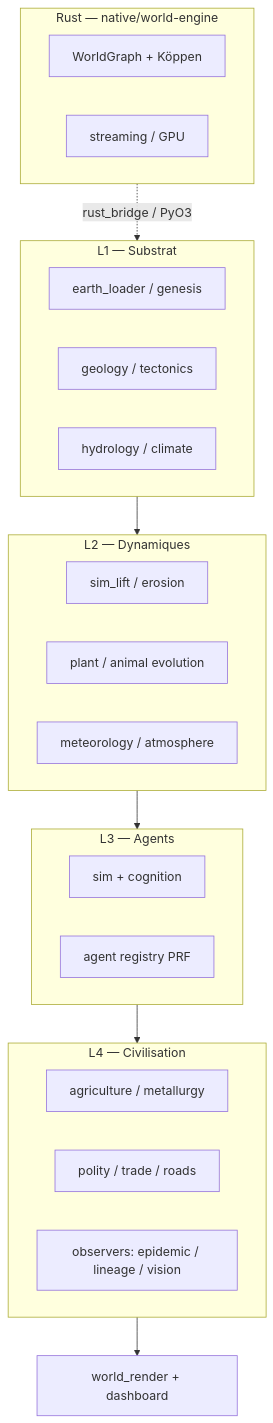
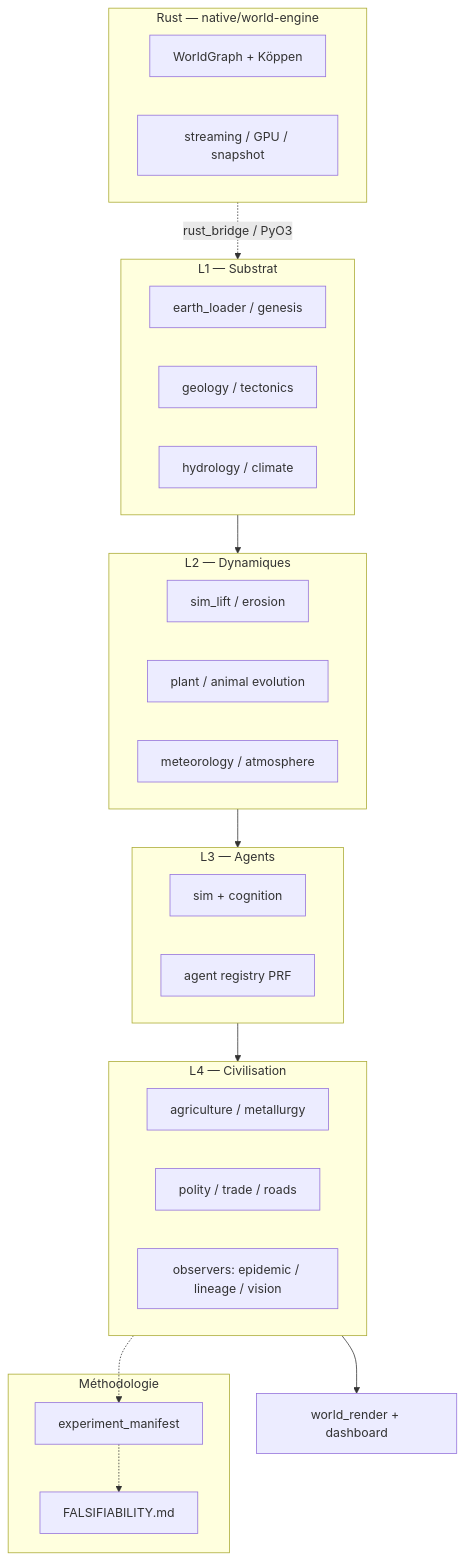
The diagram in README.md (Micka420-collab/genesis-engine), drawn with Mermaid before and after one commit. The commit also changed other lines of this file and 25 other files, not shown here.

````diff
--- a/README.md
+++ b/README.md
@@ -70,29 +132,35 @@
 ```mermaid
 flowchart TB
   subgraph L1["L1 — Substrat"]
     Earth[earth_loader / genesis]
     Geo[geology / tectonics]
     Hydro[hydrology / climate]
   end
   subgraph L2["L2 — Dynamiques"]
     SimLift[sim_lift / erosion]
     Bio[plant / animal evolution]
     Meteo[meteorology / atmosphere]
   end
   subgraph L3["L3 — Agents"]
     Sim[sim + cognition]
     Agents[agent registry PRF]
   end
   subgraph L4["L4 — Civilisation"]
     Agri[agriculture / metallurgy]
     Soc[polity / trade / roads]
     Obs[observers: epidemic / lineage / vision]
   end
   subgraph Native["Rust — native/world-engine"]
     WG[WorldGraph + Köppen]
-    Stream[streaming / GPU]
+    Stream[streaming / GPU / snapshot]
+  end
+  subgraph Sci["Méthodologie"]
+    Manifest[experiment_manifest]
+    Falsif[FALSIFIABILITY.md]
   end
   L1 --> L2 --> L3 --> L4
   Native -.->|rust_bridge / PyO3| L1
   L4 --> Render[world_render + dashboard]
+  L4 -.-> Manifest
+  Manifest -.-> Falsif
 ```
````
